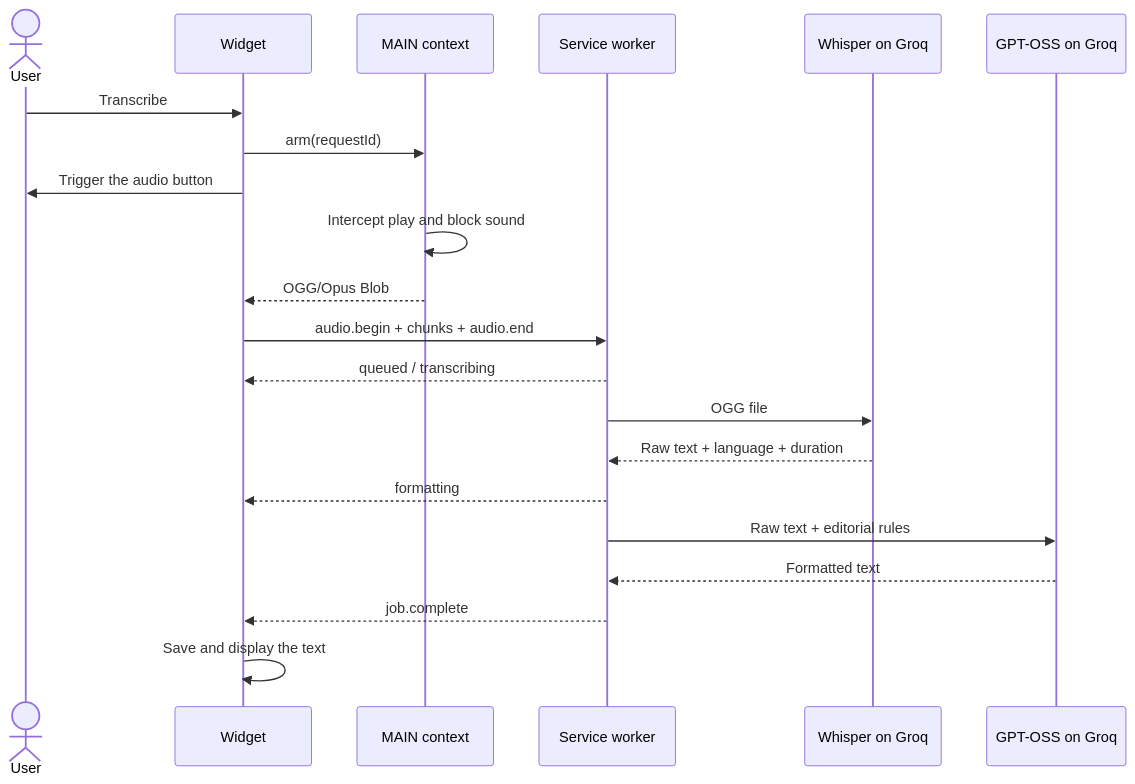
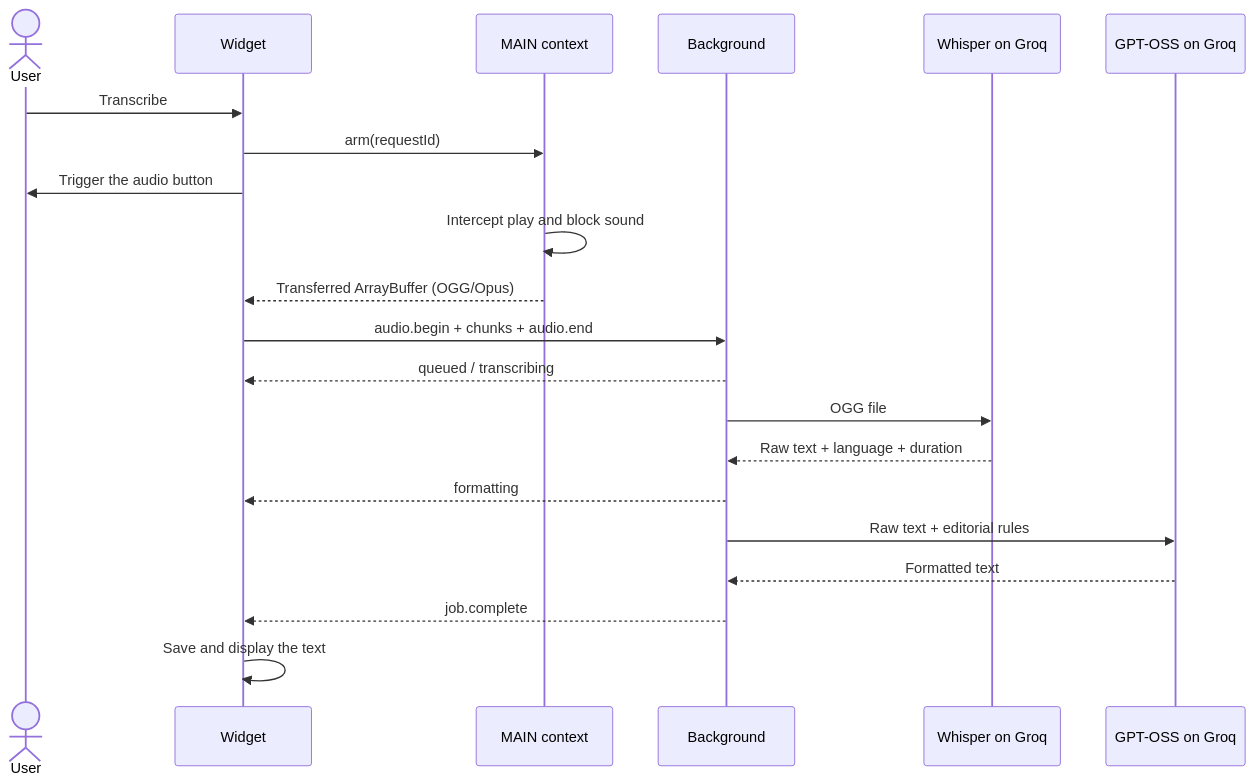
The diagram in docs/architecture.md (gabrielMalonso/whatsapp-audio-transcriber), drawn with Mermaid before and after one commit. The commit also changed other lines of this file and 17 other files, not shown here.

````diff
--- a/docs/architecture.md
+++ b/docs/architecture.md
@@ -17,24 +17,24 @@
 ```mermaid
 sequenceDiagram
     actor U as User
     participant UI as Widget
     participant P as MAIN context
-    participant B as Service worker
+    participant B as Background
     participant W as Whisper on Groq
     participant G as GPT-OSS on Groq
 
     U->>UI: Transcribe
     UI->>P: arm(requestId)
     UI->>U: Trigger the audio button
     P->>P: Intercept play and block sound
-    P-->>UI: OGG/Opus Blob
+    P-->>UI: Transferred ArrayBuffer (OGG/Opus)
     UI->>B: audio.begin + chunks + audio.end
     B-->>UI: queued / transcribing
     B->>W: OGG file
     W-->>B: Raw text + language + duration
     B-->>UI: formatting
     B->>G: Raw text + editorial rules
     G-->>B: Formatted text
     B-->>UI: job.complete
     UI->>UI: Save and display the text
 ```
````
